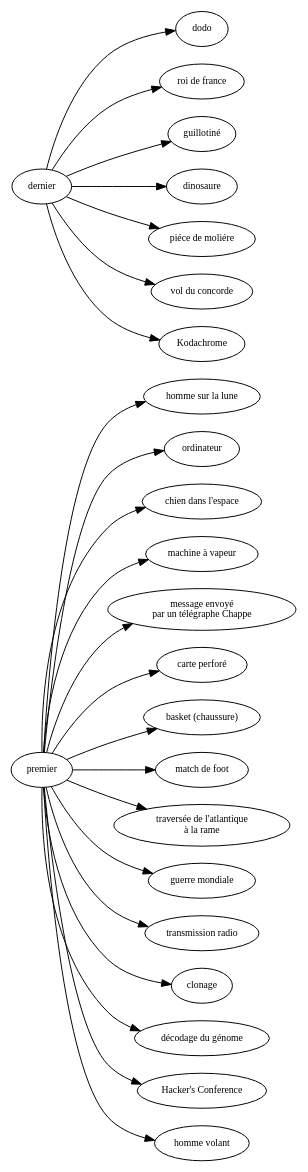
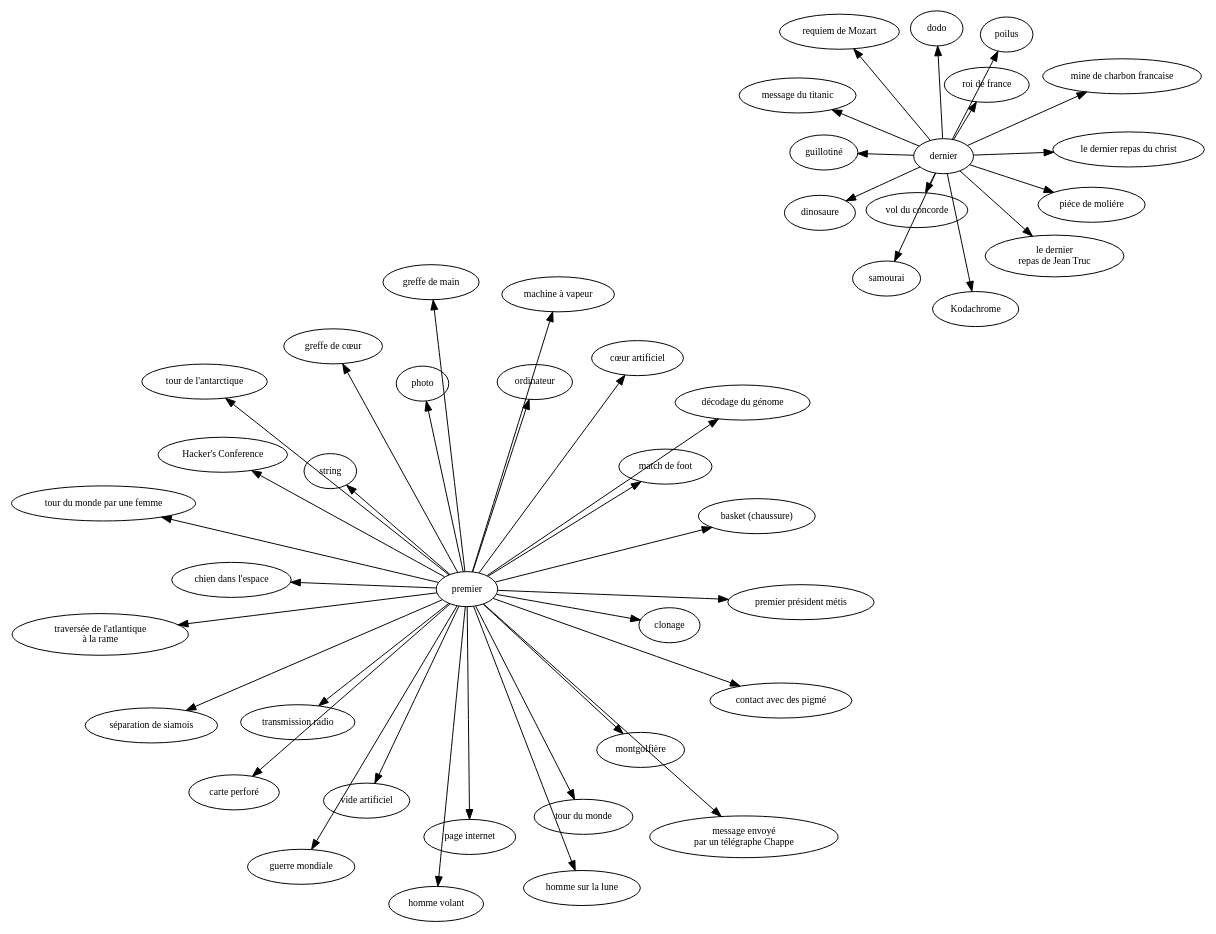
The diagram in last-firt-map.dot (ensad-nancy/first-last), drawn with Graphviz before and after one commit.

Commit message:
update carte

```diff
--- a/last-firt-map.dot
+++ b/last-firt-map.dot
@@ -1,39 +1,64 @@
 digraph {
 
 	layout= "dot"
-
+  nodesep = 1
+	
 	fontname="myriadpro"
 	fontsize = 14
 	rankdir="LR"
+	
+	layout="fdp"
+	
 	
 	node [fontname="myriadpro", fontsize = 10]
 	edge [fontname="monaco", fontsize = 9]
 	
 	first [label="premier"]
 	last [label="dernier"]
 	
 	first -> "homme sur la lune"
 	first -> "ordinateur"
 	first -> "chien dans l'espace"
 	first -> "machine à vapeur"
 	first -> "message envoyé\npar un télégraphe Chappe"
 	first -> "carte perforé"
 	first -> "basket (chaussure)"
 	first -> "match de foot"
 	first -> "traversée de l'atlantique\nà la rame"
 	first -> "guerre mondiale"
 	first -> "transmission radio"
 	first -> "clonage"
 	first -> "décodage du génome"
 	first -> "Hacker's Conference"
 	first -> "homme volant"
+	first -> "photo"
+	first -> "premier président métis"
+	first -> "vide artificiel"
+	first -> "tour de l'antarctique"
+	first -> "tour du monde"
+	first -> "tour du monde par une femme"
+	first -> "greffe de main"
+	first -> "greffe de cœur"
+	first -> "cœur artificiel"
+	first -> "séparation de siamois"
+	first -> "contact avec des pigmé"
+	first -> "string"
+  first -> "page internet"
+  first -> "montgolfière"
+  
 	
-	last -> dodo
+	last -> "mine de charbon francaise"
+	last -> "samourai"
+	last -> "dodo"
 	last -> "roi de france"
 	last -> "guillotiné"
 	last -> "dinosaure"
 	last -> "piéce de moliére"
 	last -> "vol du concorde"
-	last -> "Kodachrome"
-
+	last -> "Kodachrome" 
+	last -> "le dernier\nrepas de Jean Truc"
+	last -> "message du titanic"
+	last -> "le dernier repas du christ"
+  last -> "poilus"
+  last -> "requiem de Mozart"
 }
```
